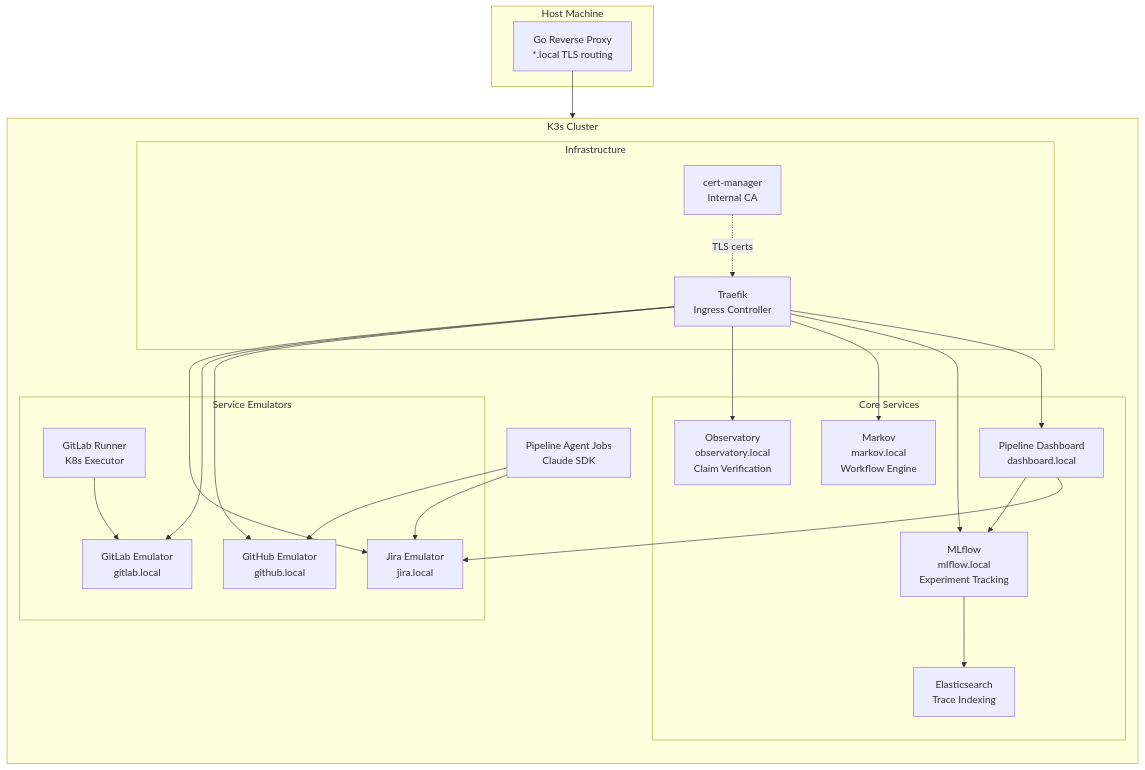
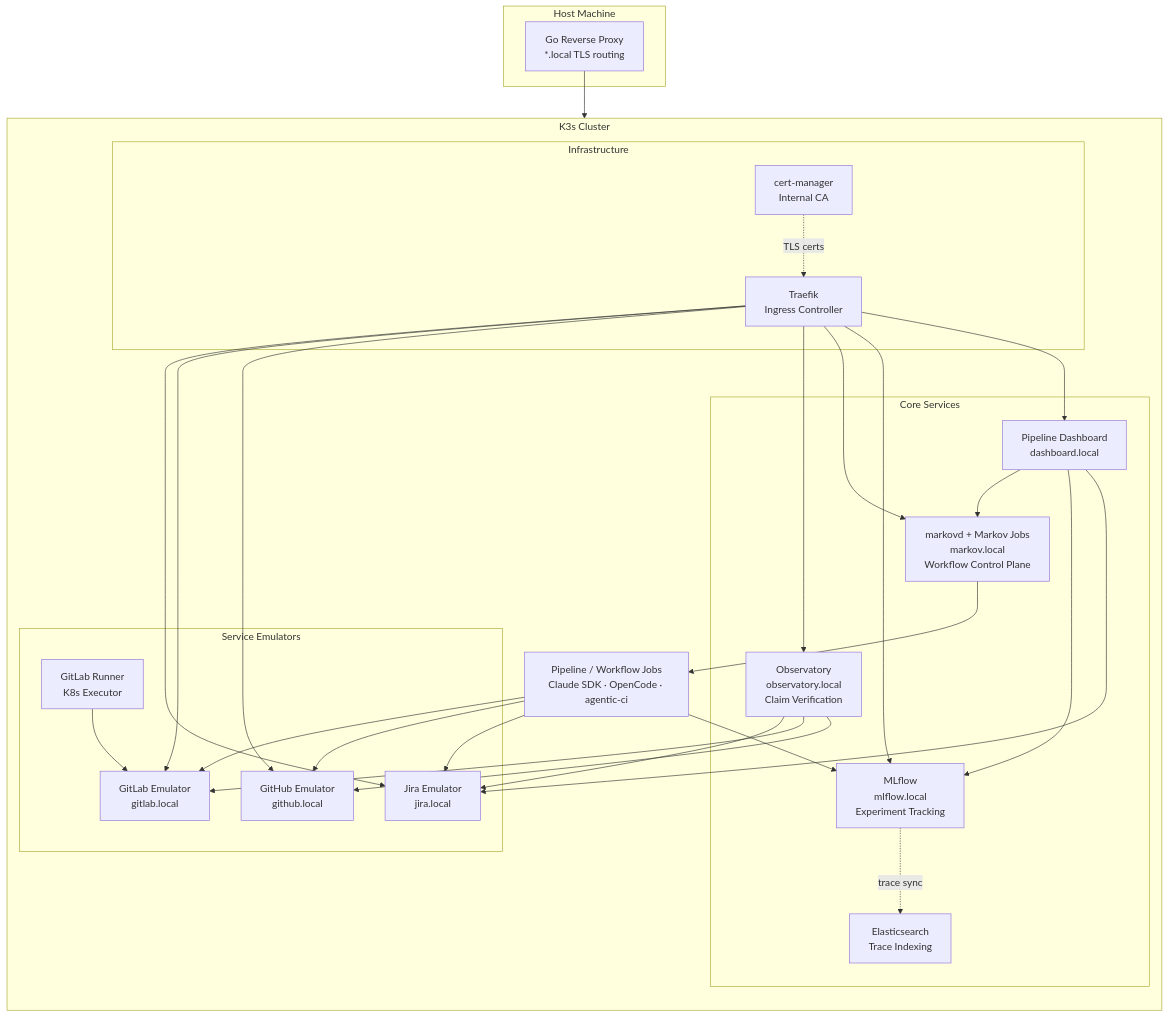
Before and after one commit to jctanner/ai-first-pipeline: the diagram in README.md, drawn with Mermaid. The commit also changed other lines of this file and 1 other file, not shown here.

````diff
--- a/README.md
+++ b/README.md
@@ -7,41 +59,43 @@
 ```mermaid
 graph TB
     subgraph host["Host Machine"]
         proxy["Go Reverse Proxy<br/>*.local TLS routing"]
     end
 
     subgraph k3s["K3s Cluster"]
         direction TB
 
         subgraph core["Core Services"]
             dashboard["Pipeline Dashboard<br/>dashboard.local"]
-            markov["Markov<br/>markov.local<br/>Workflow Engine"]
+            markov["markovd + Markov Jobs<br/>markov.local<br/>Workflow Control Plane"]
             mlflow["MLflow<br/>mlflow.local<br/>Experiment Tracking"]
             es["Elasticsearch<br/>Trace Indexing"]
             observatory["Observatory<br/>observatory.local<br/>Claim Verification"]
         end
 
         subgraph emulators["Service Emulators"]
             github["GitHub Emulator<br/>github.local"]
             gitlab["GitLab Emulator<br/>gitlab.local"]
             jira["Jira Emulator<br/>jira.local"]
             runner["GitLab Runner<br/>K8s Executor"]
         end
 
         subgraph infra["Infrastructure"]
             certmgr["cert-manager<br/>Internal CA"]
             traefik["Traefik<br/>Ingress Controller"]
         end
 
-        jobs["Pipeline Agent Jobs<br/>Claude SDK"]
+        jobs["Pipeline / Workflow Jobs<br/>Claude SDK · OpenCode · agentic-ci"]
     end
 
     proxy --> traefik
     traefik --> dashboard & mlflow & markov & observatory
     traefik --> github & gitlab & jira
     runner --> gitlab
-    dashboard --> jira & mlflow
-    jobs --> jira & github
-    mlflow --> es
+    dashboard --> jira & mlflow & markov
+    markov --> jobs
+    jobs --> jira & github & gitlab & mlflow
+    mlflow -.->|trace sync| es
+    observatory --> github & gitlab & jira
     certmgr -.->|TLS certs| traefik
 ```
````
